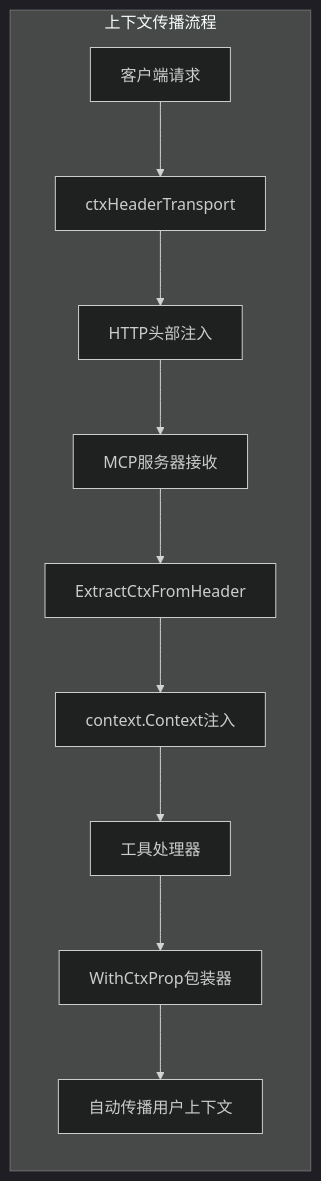
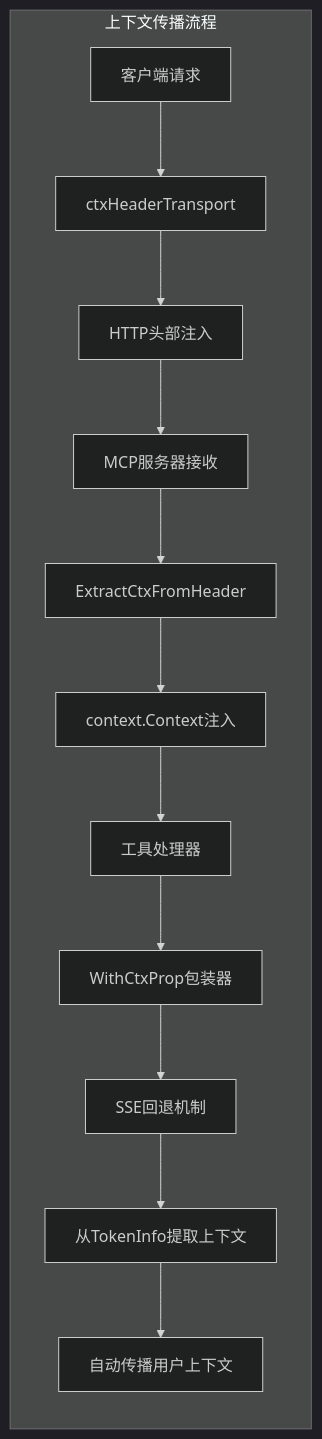
Before and after one commit to maomao94/zero-service: the seventh of 15 diagrams in .qoder/repowiki/zh/content/AI应用模块/MCP服务器.md, drawn with Mermaid (dark theme). The commit also changed other lines of this file and 11 other files, not shown here.

````diff
--- a/.qoder/repowiki/zh/content/AI应用模块/MCP服务器.md
+++ b/.qoder/repowiki/zh/content/AI应用模块/MCP服务器.md
@@ -324,13 +379,15 @@
 ```mermaid
 graph LR
 subgraph "上下文传播流程"
 A["客户端请求"] --> B["ctxHeaderTransport"]
 B --> C["HTTP头部注入"]
 C --> D["MCP服务器接收"]
 D --> E["ExtractCtxFromHeader"]
 E --> F["context.Context注入"]
 F --> G["工具处理器"]
 G --> H["WithCtxProp包装器"]
-H --> I["自动传播用户上下文"]
+H --> I["SSE回退机制"]
+I --> J["从TokenInfo提取上下文"]
+J --> K["自动传播用户上下文"]
 end
 ```
````
